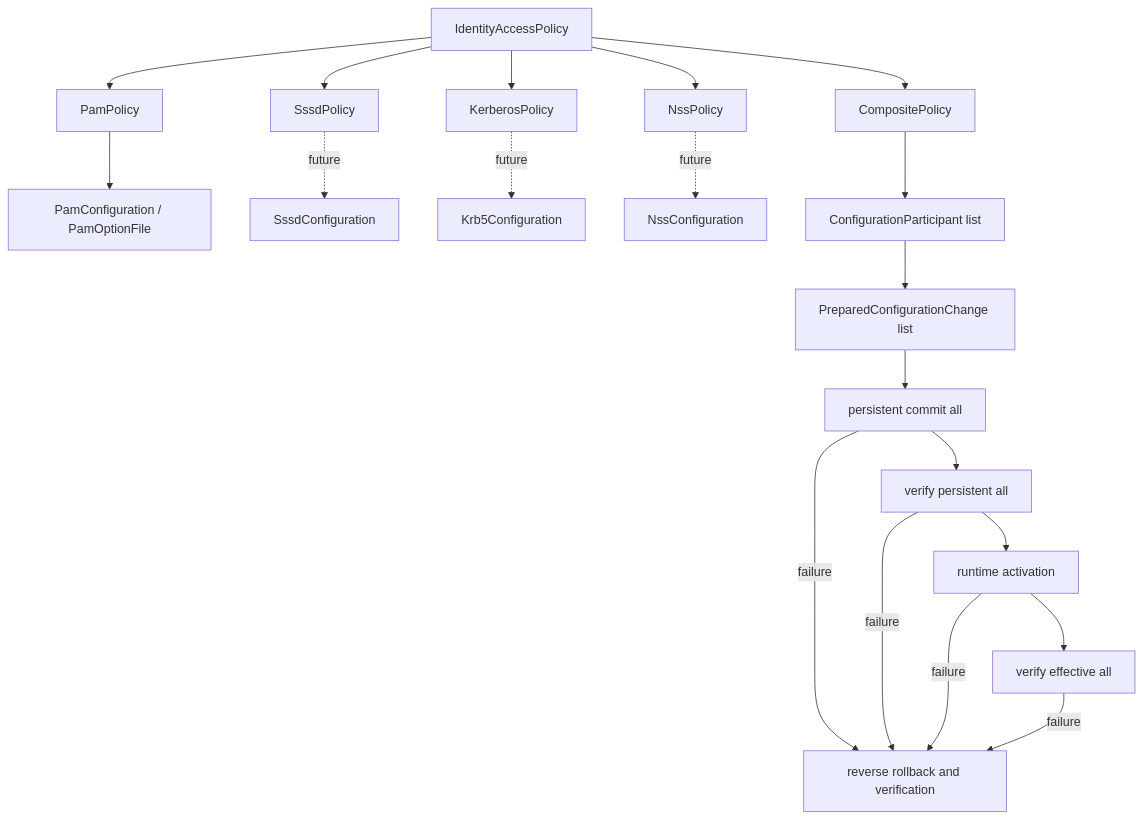
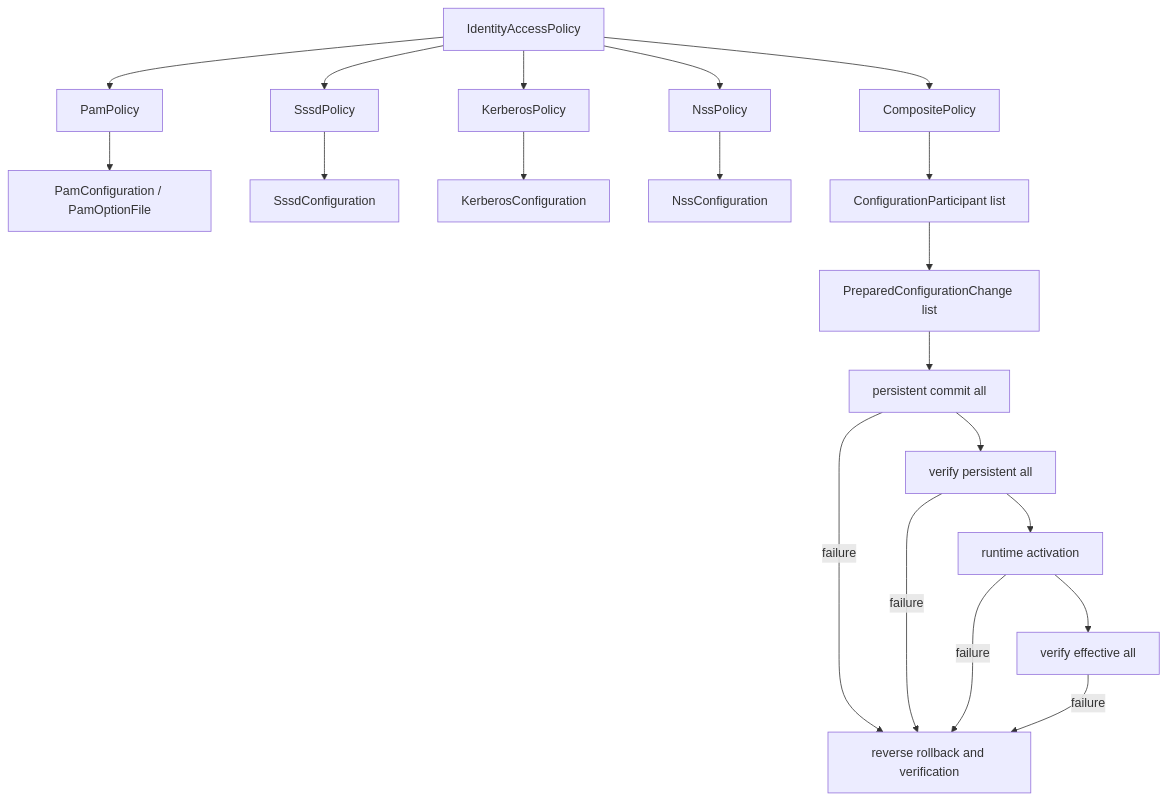
One commit to RevoltStar/FIC changed diagram 13 of 17 in docs/architecture-diagrams.md. Above: the diagram before and after it, drawn with Mermaid. The commit also changed other lines of this file and 20 other files, not shown here.

Commit message:
Реализация редакторов sssd, nss и kerberos.

````diff
--- a/docs/architecture-diagrams.md
+++ b/docs/architecture-diagrams.md
@@ -458,22 +458,22 @@
 ```mermaid
 flowchart TD
     base[IdentityAccessPolicy] --> pamBase[PamPolicy]
     base --> sssdBase[SssdPolicy]
     base --> krbBase[KerberosPolicy]
     base --> nssBase[NssPolicy]
     base --> composite[CompositePolicy]
     pamBase --> pamConfig[PamConfiguration / PamOptionFile]
-    sssdBase -. future .-> sssdConfig[SssdConfiguration]
-    krbBase -. future .-> krbConfig[Krb5Configuration]
-    nssBase -. future .-> nssConfig[NssConfiguration]
+    sssdBase --> sssdConfig[SssdConfiguration]
+    krbBase --> krbConfig[KerberosConfiguration]
+    nssBase --> nssConfig[NssConfiguration]
     composite --> participants[ConfigurationParticipant list]
     participants --> prepared[PreparedConfigurationChange list]
     prepared --> commit[persistent commit all]
     commit --> verifyPersistent[verify persistent all]
     verifyPersistent --> activate[runtime activation]
     activate --> verifyEffective[verify effective all]
     commit -->|failure| rollback[reverse rollback and verification]
     verifyPersistent -->|failure| rollback
     activate -->|failure| rollback
     verifyEffective -->|failure| rollback
 ```
````
